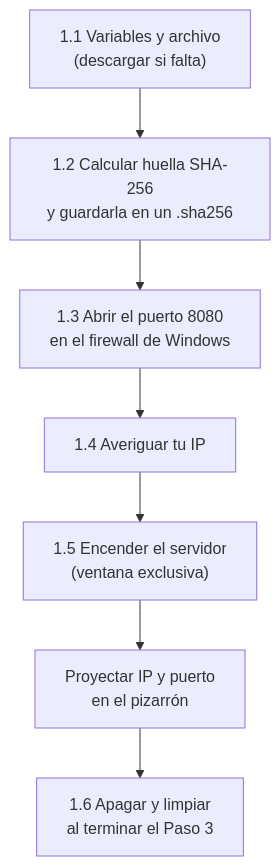
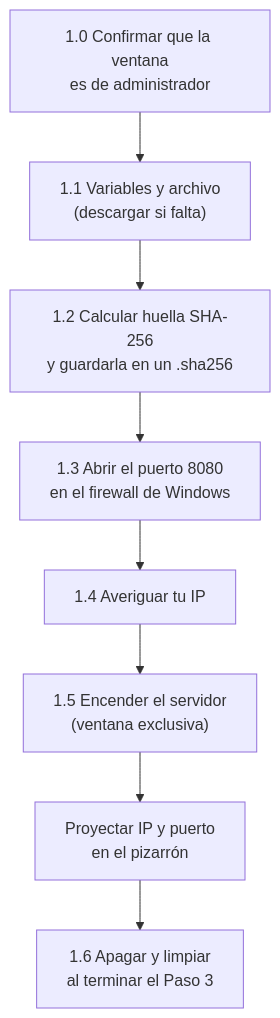
Before and after one commit to adanestrada/fca-lia-so-26b-practicas: the second of 3 diagrams in lab-09/contigencia/Contingencia_Descarga_LAN_Spark.md, drawn with Mermaid. The commit also changed other lines of this file, not shown here.

````diff
--- a/lab-09/contigencia/Contingencia_Descarga_LAN_Spark.md
+++ b/lab-09/contigencia/Contingencia_Descarga_LAN_Spark.md
@@ -50,9 +50,9 @@
 ```mermaid
 flowchart TD
-    A["1.1 Variables y archivo<br/>(descargar si falta)"] --> B["1.2 Calcular huella SHA-256<br/>y guardarla en un .sha256"]
+    Z["1.0 Confirmar que la ventana<br/>es de administrador"] --> A["1.1 Variables y archivo<br/>(descargar si falta)"] --> B["1.2 Calcular huella SHA-256<br/>y guardarla en un .sha256"]
     B --> C["1.3 Abrir el puerto 8080<br/>en el firewall de Windows"]
     C --> D["1.4 Averiguar tu IP"]
     D --> E["1.5 Encender el servidor<br/>(ventana exclusiva)"]
     E --> F["Proyectar IP y puerto<br/>en el pizarrón"]
     F --> G["1.6 Apagar y limpiar<br/>al terminar el Paso 3"]
 ```
````
